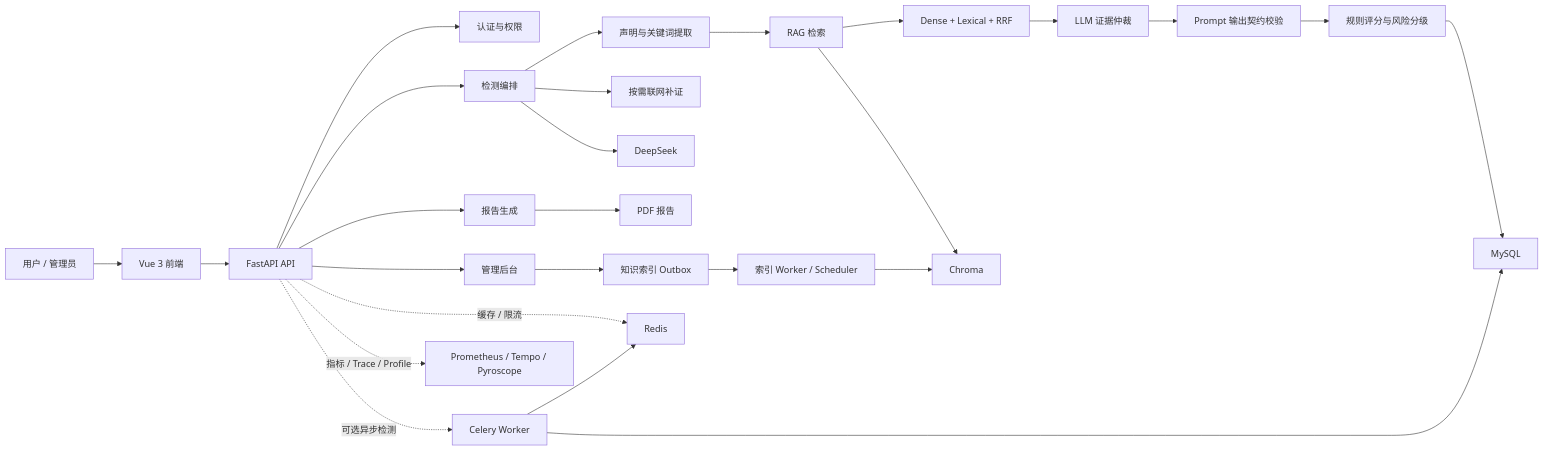
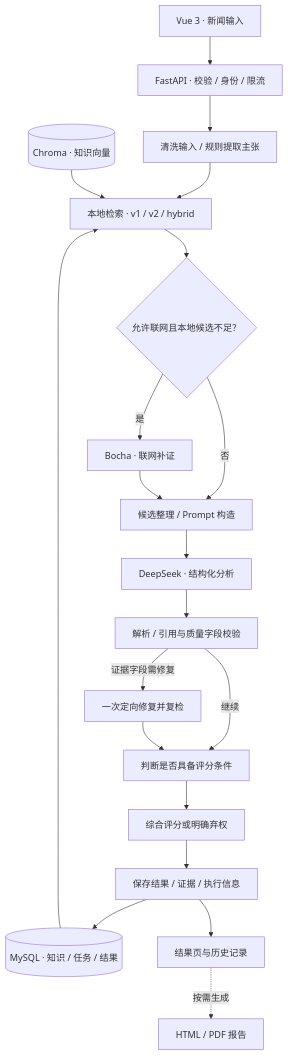
Before and after one commit to fjjh1413/NewsCredibilityEvaluator: the diagram in README.md, drawn with Mermaid. The commit also changed other lines of this file and 2 other files, not shown here.

````diff
--- a/README.md
+++ b/README.md
@@ -43,34 +44,22 @@
 ```mermaid
-flowchart LR
-  User["用户 / 管理员"] --> Frontend["Vue 3 前端"]
-  Frontend --> API["FastAPI API"]
-
-  API --> Auth["认证与权限"]
-  API --> Detect["检测编排"]
-  API --> Admin["管理后台"]
-  API --> Report["报告生成"]
-
-  Detect --> Claim["声明与关键词提取"]
-  Claim --> Retrieval["RAG 检索"]
-  Retrieval --> Fusion["Dense + Lexical + RRF"]
-  Fusion --> Arbitration["LLM 证据仲裁"]
-  Arbitration --> Contract["Prompt 输出契约校验"]
-  Contract --> Scoring["规则评分与风险分级"]
-  Scoring --> MySQL["MySQL"]
-
-  Retrieval --> Chroma["Chroma"]
-  Detect --> Search["按需联网补证"]
-  Detect --> LLM["DeepSeek"]
-  Report --> PDF["PDF 报告"]
-
-  Admin --> Outbox["知识索引 Outbox"]
-  Outbox --> Indexer["索引 Worker / Scheduler"]
-  Indexer --> Chroma
-
-  API -. "缓存 / 限流" .-> Redis["Redis"]
-  API -. "可选异步检测" .-> Celery["Celery Worker"]
-  Celery --> Redis
-  Celery --> MySQL
-
-  API -. "指标 / Trace / Profile" .-> Observability["Prometheus / Tempo / Pyroscope"]
+flowchart TD
+    UI["Vue 3 · 新闻输入"] --> API["FastAPI · 校验 / 身份 / 限流"]
+    API --> Prepare["清洗输入 / 规则提取主张"]
+    Prepare --> Local["本地检索 · v1 / v2 / hybrid"]
+    Chroma[("Chroma · 知识向量")] --> Local
+    MySQL[("MySQL · 知识 / 任务 / 结果")] --> Local
+    Local --> Route{"允许联网且本地候选不足？"}
+    Route -->|是| Web["Bocha · 联网补证"]
+    Route -->|否| Context["候选整理 / Prompt 构造"]
+    Web --> Context
+    Context --> LLM["DeepSeek · 结构化分析"]
+    LLM --> Check["解析 / 引用与质量字段校验"]
+    Check -->|证据字段需修复| Repair["一次定向修复并复检"]
+    Check -->|继续| Assess["判断是否具备评分条件"]
+    Repair --> Assess
+    Assess --> Result["综合评分或明确弃权"]
+    Result --> Save["保存结果 / 证据 / 执行信息"]
+    Save --> MySQL
+    Save --> View["结果页与历史记录"]
+    View -.按需生成.-> Report["HTML / PDF 报告"]
 ```
````
